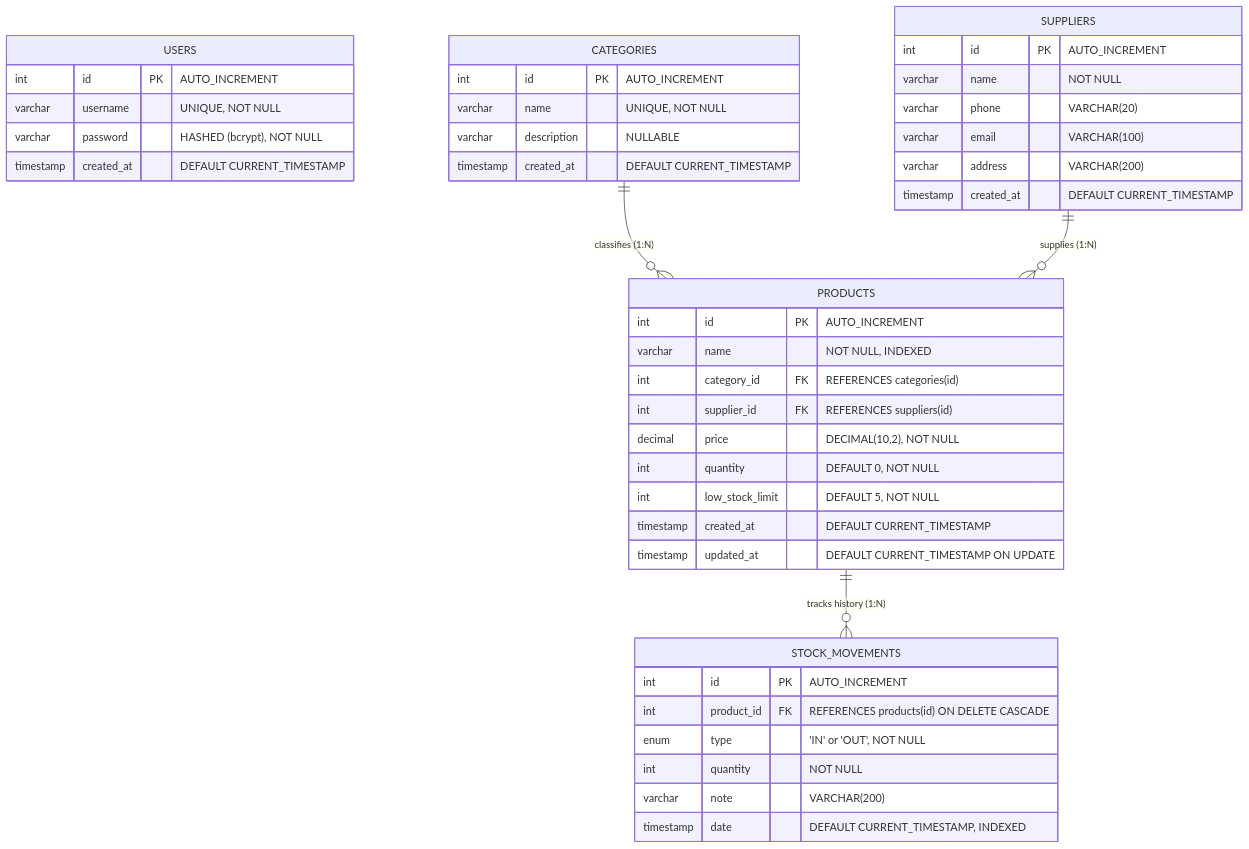
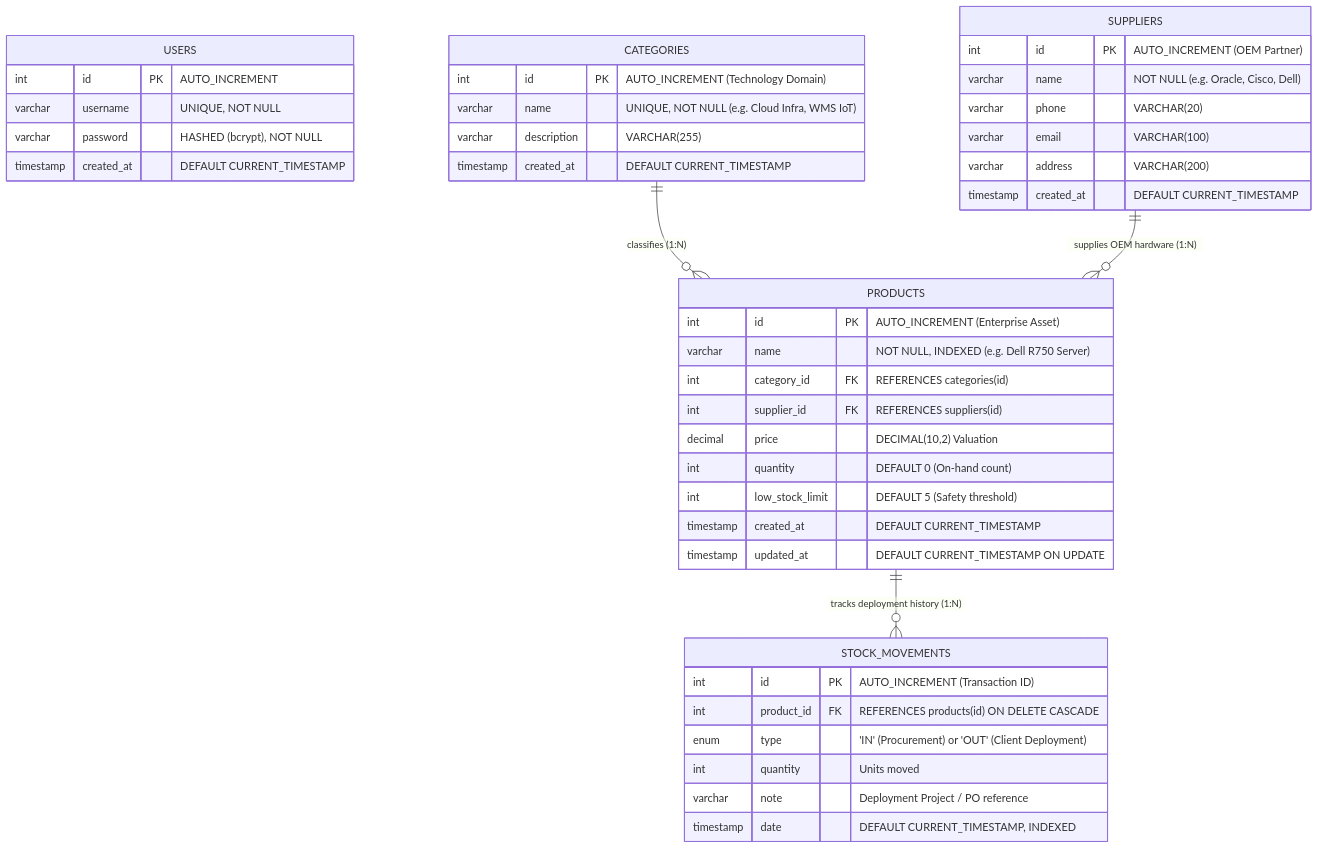
Before and after one commit to bhumika-bindal/Inventory_mngmnt_sys: the diagram in IMS_ER_Diagram.md, drawn with Mermaid. The commit also changed other lines of this file and 12 other files, not shown here.

Commit message:
feat: customize IMS for iONE IT Solutions with enterprise assets, OEM partners, and corporate branding

````diff
--- a/IMS_ER_Diagram.md
+++ b/IMS_ER_Diagram.md
@@ -14,50 +13,50 @@
 ```mermaid
 erDiagram
     USERS {
         int id PK "AUTO_INCREMENT"
         varchar username "UNIQUE, NOT NULL"
         varchar password "HASHED (bcrypt), NOT NULL"
         timestamp created_at "DEFAULT CURRENT_TIMESTAMP"
     }
 
     CATEGORIES {
-        int id PK "AUTO_INCREMENT"
-        varchar name "UNIQUE, NOT NULL"
-        varchar description "NULLABLE"
+        int id PK "AUTO_INCREMENT (Technology Domain)"
+        varchar name "UNIQUE, NOT NULL (e.g. Cloud Infra, WMS IoT)"
+        varchar description "VARCHAR(255)"
         timestamp created_at "DEFAULT CURRENT_TIMESTAMP"
     }
 
     SUPPLIERS {
-        int id PK "AUTO_INCREMENT"
-        varchar name "NOT NULL"
+        int id PK "AUTO_INCREMENT (OEM Partner)"
+        varchar name "NOT NULL (e.g. Oracle, Cisco, Dell)"
         varchar phone "VARCHAR(20)"
         varchar email "VARCHAR(100)"
         varchar address "VARCHAR(200)"
         timestamp created_at "DEFAULT CURRENT_TIMESTAMP"
     }
 
     PRODUCTS {
-        int id PK "AUTO_INCREMENT"
-        varchar name "NOT NULL, INDEXED"
+        int id PK "AUTO_INCREMENT (Enterprise Asset)"
+        varchar name "NOT NULL, INDEXED (e.g. Dell R750 Server)"
         int category_id FK "REFERENCES categories(id)"
         int supplier_id FK "REFERENCES suppliers(id)"
-        decimal price "DECIMAL(10,2), NOT NULL"
-        int quantity "DEFAULT 0, NOT NULL"
-        int low_stock_limit "DEFAULT 5, NOT NULL"
+        decimal price "DECIMAL(10,2) Valuation"
+        int quantity "DEFAULT 0 (On-hand count)"
+        int low_stock_limit "DEFAULT 5 (Safety threshold)"
         timestamp created_at "DEFAULT CURRENT_TIMESTAMP"
         timestamp updated_at "DEFAULT CURRENT_TIMESTAMP ON UPDATE"
     }
 
     STOCK_MOVEMENTS {
-        int id PK "AUTO_INCREMENT"
+        int id PK "AUTO_INCREMENT (Transaction ID)"
         int product_id FK "REFERENCES products(id) ON DELETE CASCADE"
-        enum type "'IN' or 'OUT', NOT NULL"
-        int quantity "NOT NULL"
-        varchar note "VARCHAR(200)"
+        enum type "'IN' (Procurement) or 'OUT' (Client Deployment)"
+        int quantity "Units moved"
+        varchar note "Deployment Project / PO reference"
         timestamp date "DEFAULT CURRENT_TIMESTAMP, INDEXED"
     }
 
     CATEGORIES ||--o{ PRODUCTS : "classifies (1:N)"
-    SUPPLIERS ||--o{ PRODUCTS : "supplies (1:N)"
-    PRODUCTS ||--o{ STOCK_MOVEMENTS : "tracks history (1:N)"
+    SUPPLIERS ||--o{ PRODUCTS : "supplies OEM hardware (1:N)"
+    PRODUCTS ||--o{ STOCK_MOVEMENTS : "tracks deployment history (1:N)"
 ```
````
